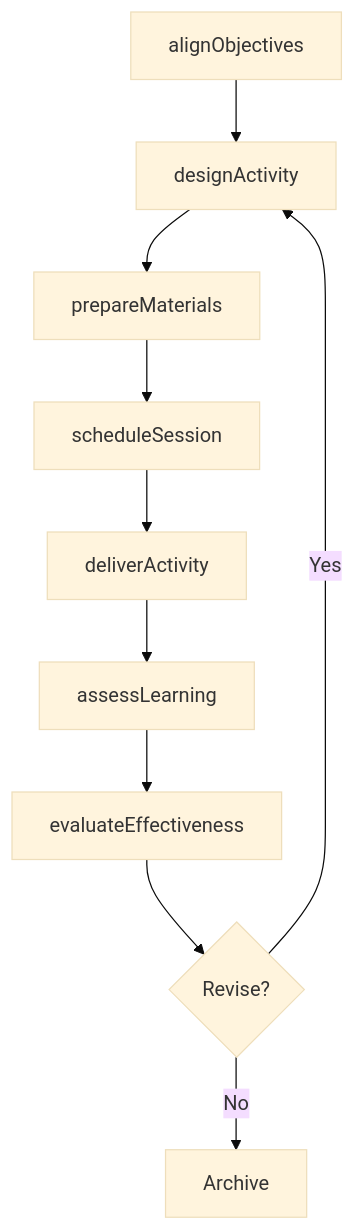
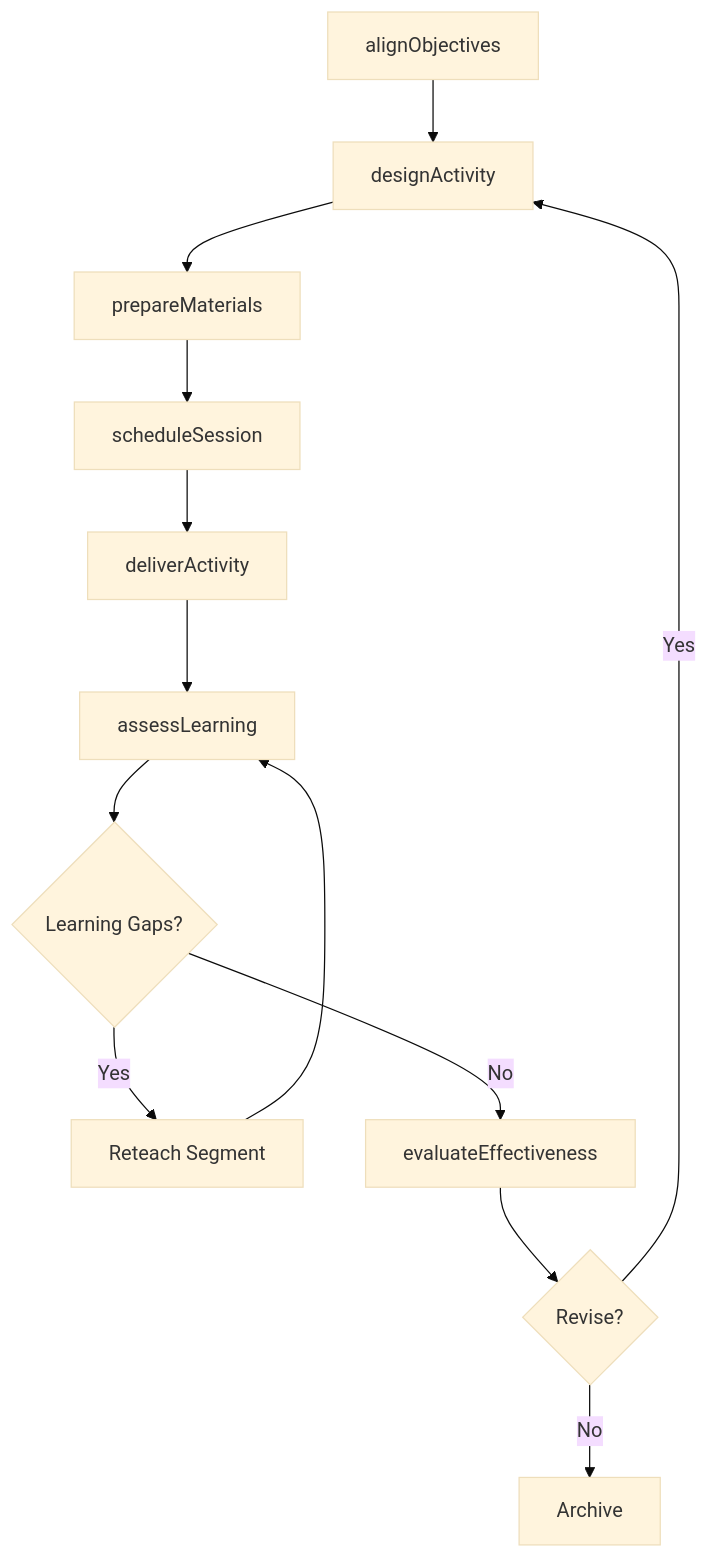
Before and after one commit to dot-org-ai/tasks.org.ai: the third of 4 diagrams in ThinkingCreatively/DevelopEducationalProgramsPlansOrProcedures/PlanEducationalActivities.mdx, drawn with Mermaid (base theme). The commit also changed other lines of this file and 504 other files, not shown here.

First line of the commit message:
feat: Add ER diagrams, state diagrams, and workflow improvements to 96 DWA task files

````diff
--- a/ThinkingCreatively/DevelopEducationalProgramsPlansOrProcedures/PlanEducationalActivities.mdx
+++ b/ThinkingCreatively/DevelopEducationalProgramsPlansOrProcedures/PlanEducationalActivities.mdx
@@ -86,12 +114,15 @@
 ```mermaid
 graph TD
     A[alignObjectives] --> B[designActivity]
     B --> C[prepareMaterials]
     C --> D[scheduleSession]
     D --> E[deliverActivity]
     E --> F[assessLearning]
-    F --> G[evaluateEffectiveness]
-    G --> H{Revise?}
-    H -->|Yes| B
-    H -->|No| I[Archive]
+    F --> G{Learning Gaps?}
+    G -->|Yes| H[Reteach Segment]
+    H --> F
+    G -->|No| I[evaluateEffectiveness]
+    I --> J{Revise?}
+    J -->|Yes| B
+    J -->|No| K[Archive]
 ```
````
